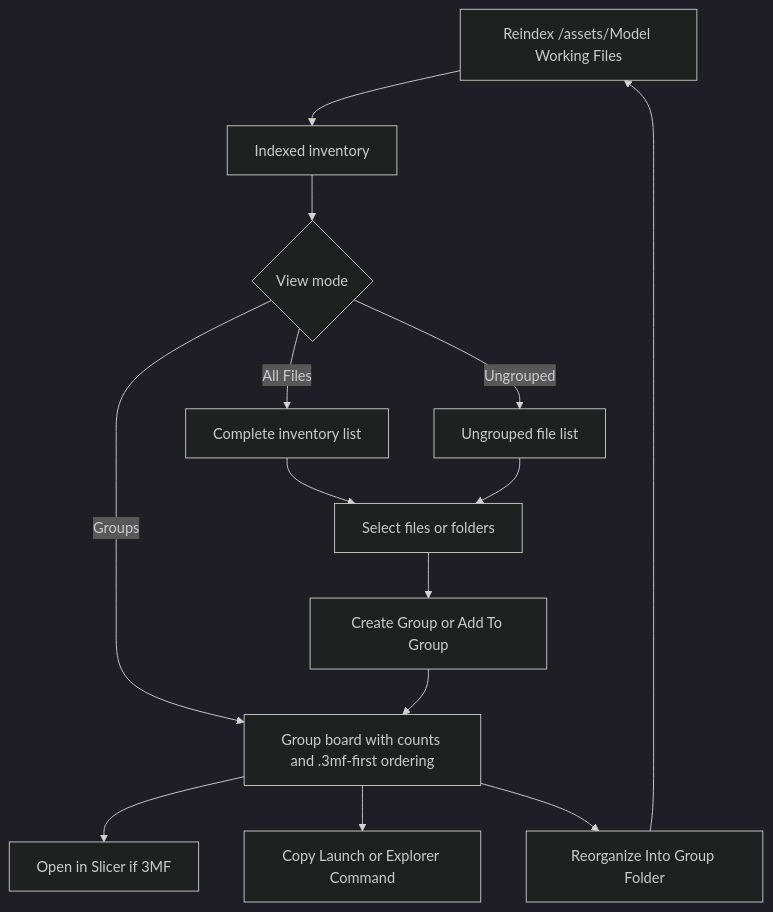
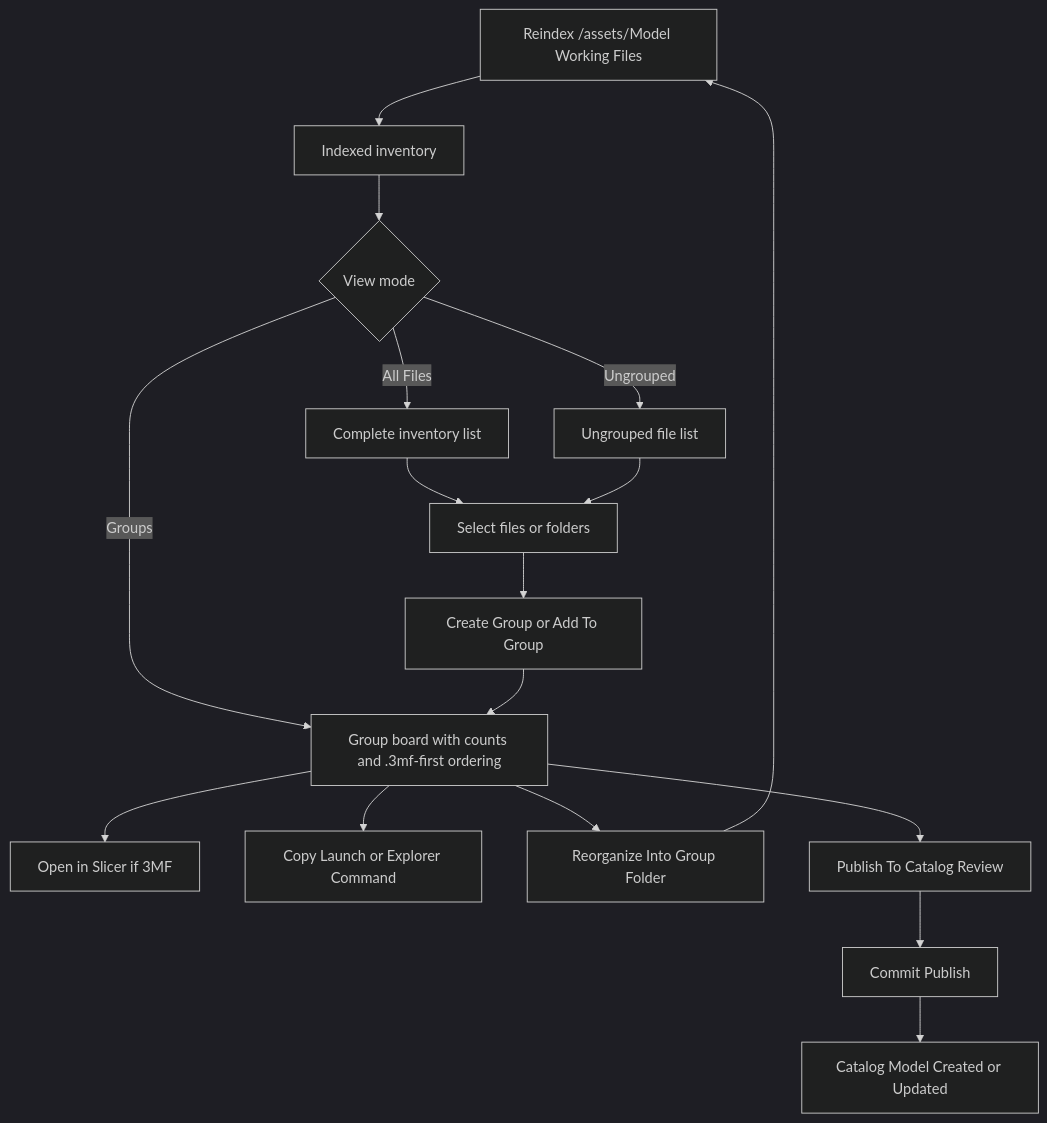
The diagram in docs/features/model_catalog/working-files-workflow-redesign-issue-1169.md (rsocko/hass-bambulab-config), drawn with Mermaid (dark theme) before and after one commit. The commit also changed other lines of this file and 10 other files, not shown here.

First line of the commit message:
Enhance Model Catalog Workflow and UI

````diff
--- a/docs/features/model_catalog/working-files-workflow-redesign-issue-1169.md
+++ b/docs/features/model_catalog/working-files-workflow-redesign-issue-1169.md
@@ -189,18 +192,21 @@
 ```mermaid
 flowchart TD
     A[Reindex /assets/Model Working Files] --> B[Indexed inventory]
     B --> C{View mode}
     C -->|Groups| D[Group board with counts and .3mf-first ordering]
     C -->|All Files| E[Complete inventory list]
     C -->|Ungrouped| F[Ungrouped file list]
 
     E --> G[Select files or folders]
     F --> G
     G --> H[Create Group or Add To Group]
     H --> D
 
    D --> I[Open in Slicer if 3MF]
    D --> J[Copy Launch or Explorer Command]
     D --> K[Reorganize Into Group Folder]
+      D --> L[Publish To Catalog Review]
+      L --> M[Commit Publish]
+      M --> N[Catalog Model Created or Updated]
     K --> A
 ```
````
